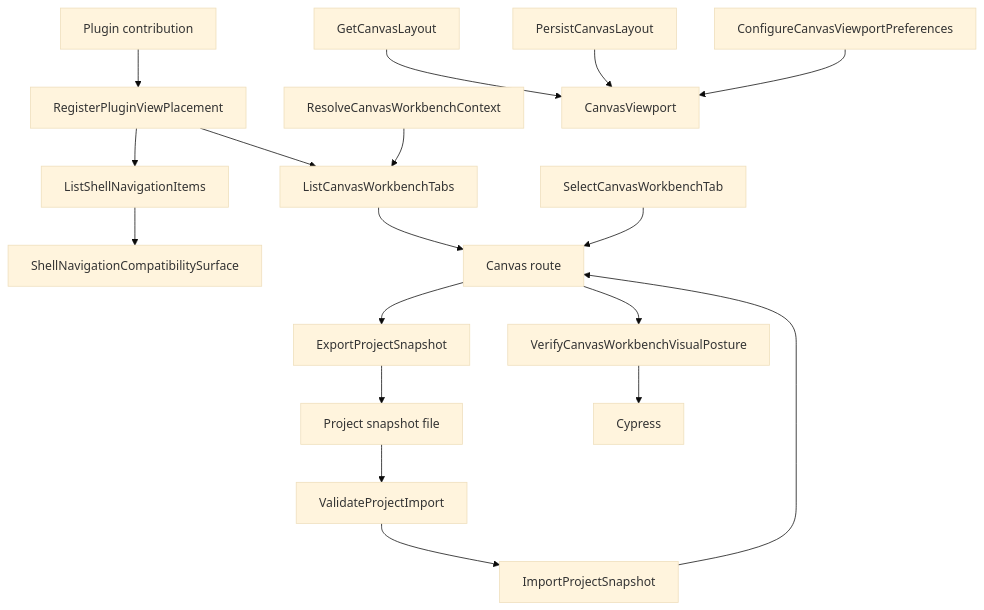
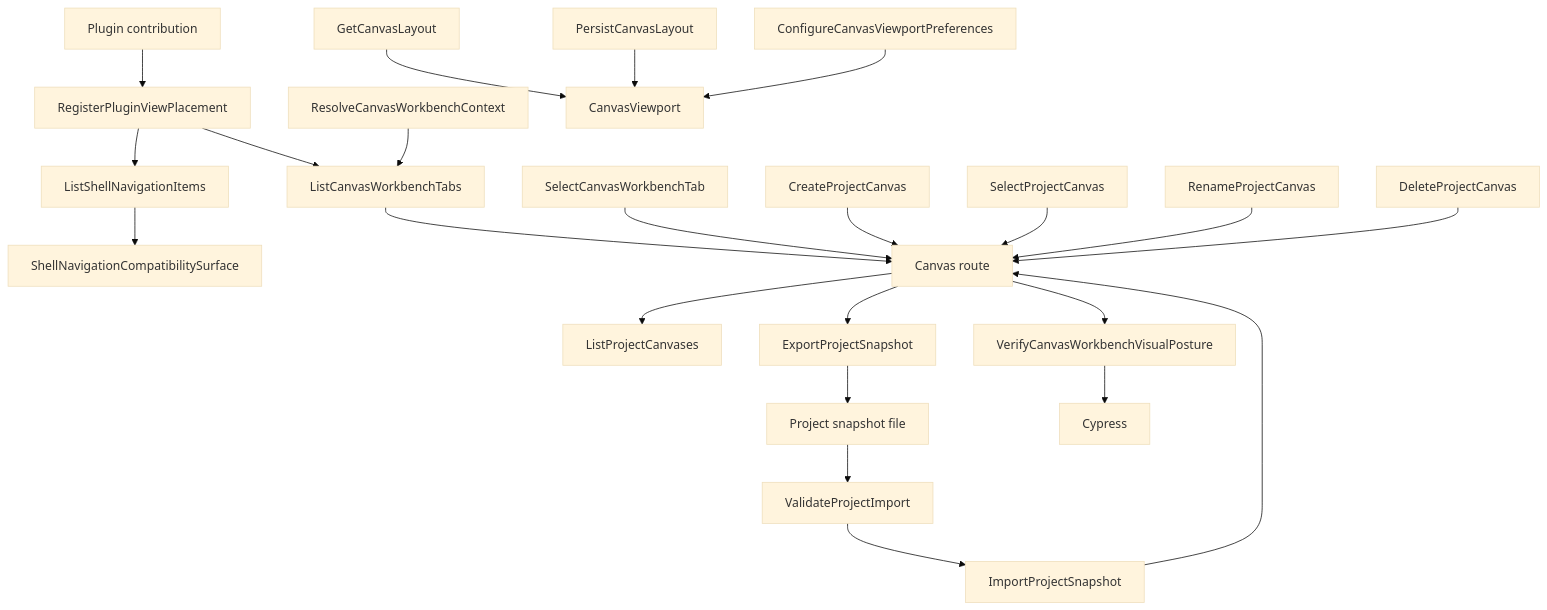
One commit to dunay2/dvt changed the diagram in docs/architecture/components/web/graph/canvas-workbench-command-query-catalog.md. Above: the diagram before and after it, drawn with Mermaid (base theme). The commit also changed other lines of this file and 80 other files, not shown here.

````diff
--- a/docs/architecture/components/web/graph/canvas-workbench-command-query-catalog.md
+++ b/docs/architecture/components/web/graph/canvas-workbench-command-query-catalog.md
@@ -142,39 +160,49 @@
 ```mermaid
 flowchart TD
   Plugin["Plugin contribution"]
   Placement["RegisterPluginViewPlacement"]
   ShellQuery["ListShellNavigationItems"]
   CanvasQuery["ListCanvasWorkbenchTabs"]
   CanvasContext["ResolveCanvasWorkbenchContext"]
   SelectTab["SelectCanvasWorkbenchTab"]
   LayoutQuery["GetCanvasLayout"]
   LayoutCommand["PersistCanvasLayout"]
   Prefs["ConfigureCanvasViewportPreferences"]
+  CanvasList["ListProjectCanvases"]
+  CanvasCreate["CreateProjectCanvas"]
+  CanvasSelect["SelectProjectCanvas"]
+  CanvasRename["RenameProjectCanvas"]
+  CanvasDelete["DeleteProjectCanvas"]
   ExportSnapshot["ExportProjectSnapshot"]
   ValidateImport["ValidateProjectImport"]
   ImportSnapshot["ImportProjectSnapshot"]
   VisualProof["VerifyCanvasWorkbenchVisualPosture"]
   Shell["ShellNavigationCompatibilitySurface"]
   Canvas["Canvas route"]
   Viewport["CanvasViewport"]
   File["Project snapshot file"]
   Cypress["Cypress"]
 
   Plugin --> Placement
   Placement --> ShellQuery
   Placement --> CanvasQuery
   ShellQuery --> Shell
   CanvasContext --> CanvasQuery
   CanvasQuery --> Canvas
   SelectTab --> Canvas
   LayoutQuery --> Viewport
   LayoutCommand --> Viewport
   Prefs --> Viewport
+  Canvas --> CanvasList
+  CanvasCreate --> Canvas
+  CanvasSelect --> Canvas
+  CanvasRename --> Canvas
+  CanvasDelete --> Canvas
   Canvas --> ExportSnapshot
   ExportSnapshot --> File
   File --> ValidateImport
   ValidateImport --> ImportSnapshot
   ImportSnapshot --> Canvas
   Canvas --> VisualProof
   VisualProof --> Cypress
 ```
````
